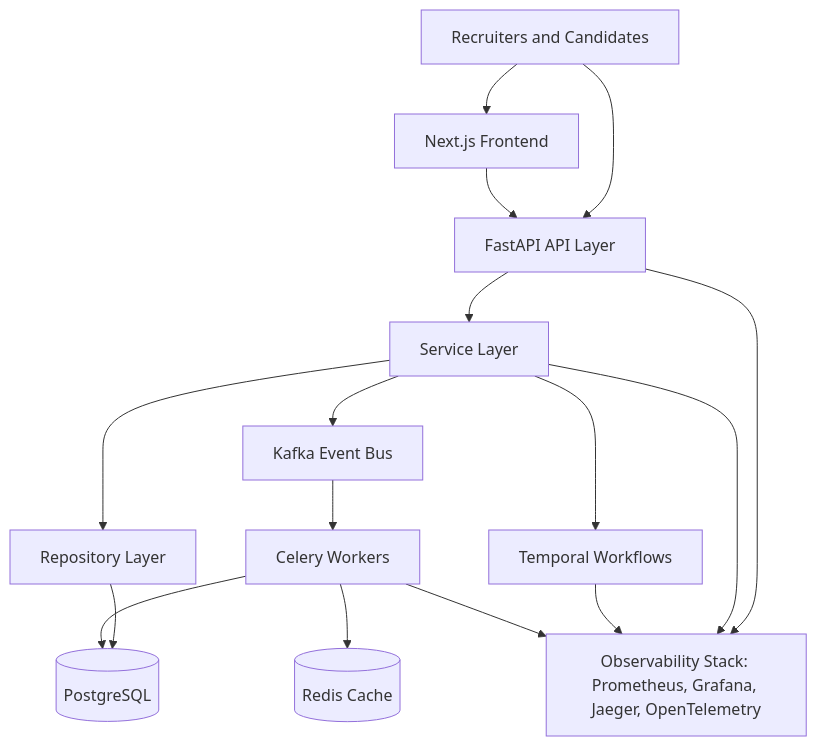
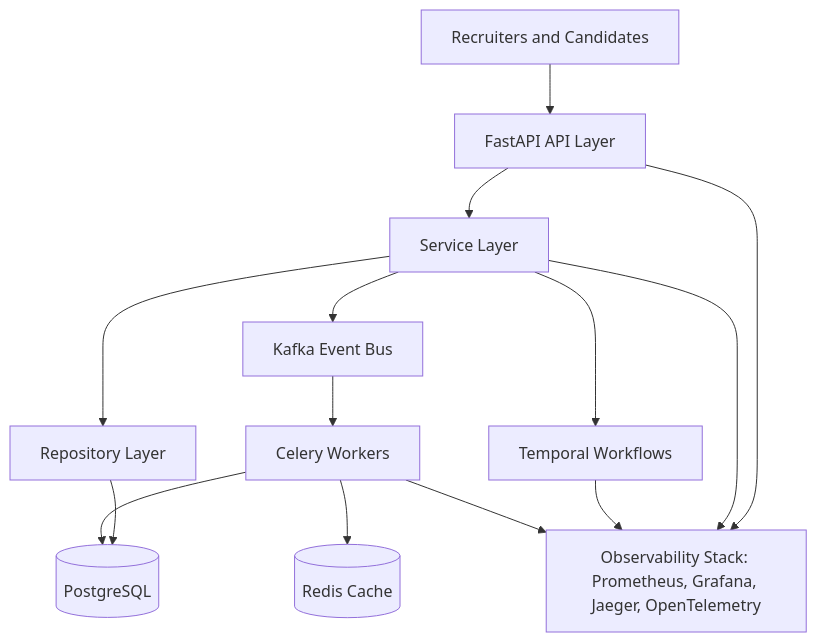
Before and after one commit to afnan-emumba/smart-hire: the first of 5 diagrams in docs/ARCHITECTURE.md, drawn with Mermaid. The commit also changed other lines of this file and 37 other files, not shown here.

Commit message:
Remove frontend configuration and assets; migrate resume storage to applications; add Postman collection for API validation

````diff
--- a/docs/ARCHITECTURE.md
+++ b/docs/ARCHITECTURE.md
@@ -9,30 +9,27 @@
 ```mermaid
 flowchart TD
     user[Recruiters and Candidates]
-    frontend[Next.js Frontend]
     api[FastAPI API Layer]
     services[Service Layer]
     repos[Repository Layer]
     postgres[(PostgreSQL)]
     temporal[Temporal Workflows]
     kafka[Kafka Event Bus]
     celery[Celery Workers]
     redis[(Redis Cache)]
     observe[Observability Stack: Prometheus, Grafana, Jaeger, OpenTelemetry]
 
-    user --> frontend
     user --> api
-    frontend --> api
     api --> services
     services --> repos
     repos --> postgres
     services --> temporal
     services --> kafka
     kafka --> celery
     celery --> postgres
     celery --> redis
     api --> observe
     services --> observe
     temporal --> observe
     celery --> observe
 ```
````
